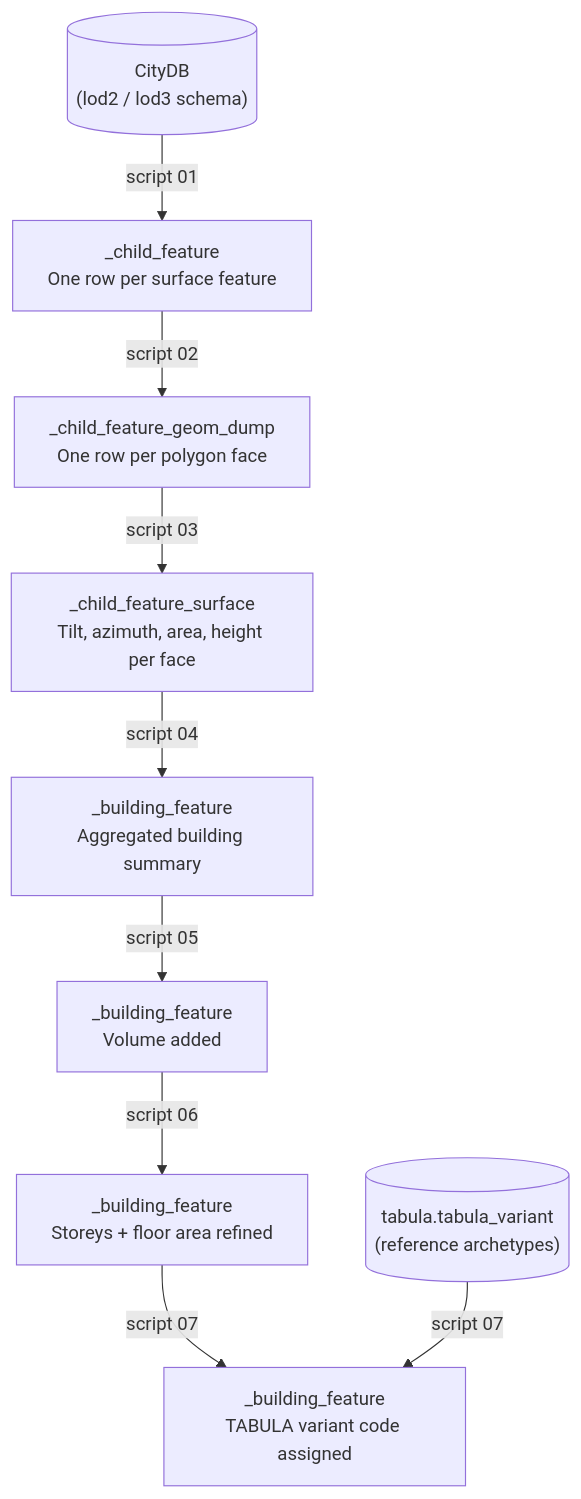
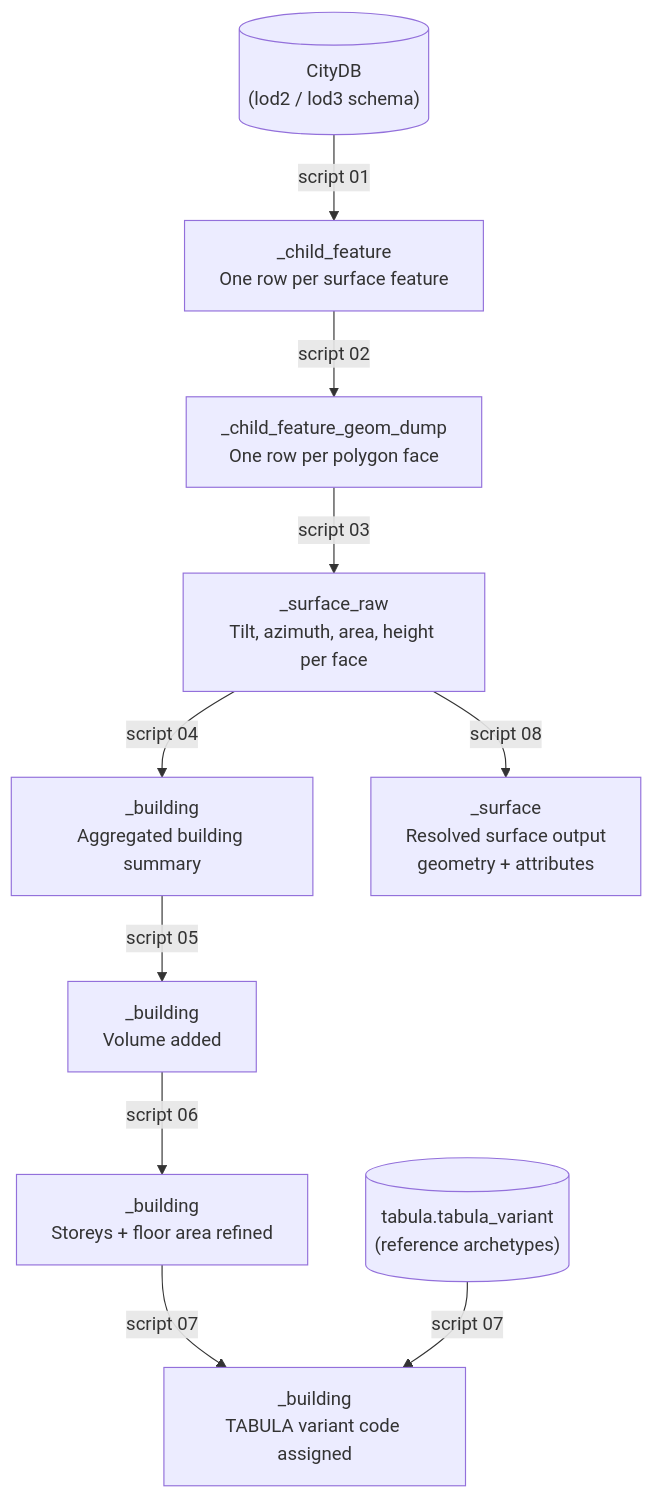
Before and after one commit to THD-Spatial-AI/city2tabula: the diagram in docs/code/sql-pipeline/index.md, drawn with Mermaid. The commit also changed other lines of this file and 39 other files, not shown here.

````diff
--- a/docs/code/sql-pipeline/index.md
+++ b/docs/code/sql-pipeline/index.md
@@ -25,11 +26,12 @@
 ```mermaid
 flowchart TD
-    A[("CityDB\n(lod2 / lod3 schema)")] -->|script 01| B[_child_feature\nOne row per surface feature]
-    B -->|script 02| C[_child_feature_geom_dump\nOne row per polygon face]
-    C -->|script 03| D[_child_feature_surface\nTilt, azimuth, area, height per face]
-    D -->|script 04| E[_building_feature\nAggregated building summary]
-    E -->|script 05| F[_building_feature\nVolume added]
-    F -->|script 06| G[_building_feature\nStoreys + floor area refined]
-    G -->|script 07| H[_building_feature\nTABULA variant code assigned]
-    I[("tabula.tabula_variant\n(reference archetypes)")] -->|script 07| H
+    A[("CityDB<br>(lod2 / lod3 schema)")] -->|script 01| B["_child_feature<br>One row per surface feature"]
+    B -->|script 02| C["_child_feature_geom_dump<br>One row per polygon face"]
+    C -->|script 03| D["_surface_raw<br>Tilt, azimuth, area, height per face"]
+    D -->|script 04| E["_building<br>Aggregated building summary"]
+    E -->|script 05| F["_building<br>Volume added"]
+    F -->|script 06| G["_building<br>Storeys + floor area refined"]
+    G -->|script 07| H["_building<br>TABULA variant code assigned"]
+    I[("tabula.tabula_variant<br>(reference archetypes)")] -->|script 07| H
+    D -->|script 08| J["_surface<br>Resolved surface output<br>geometry + attributes"]
 ```
````
